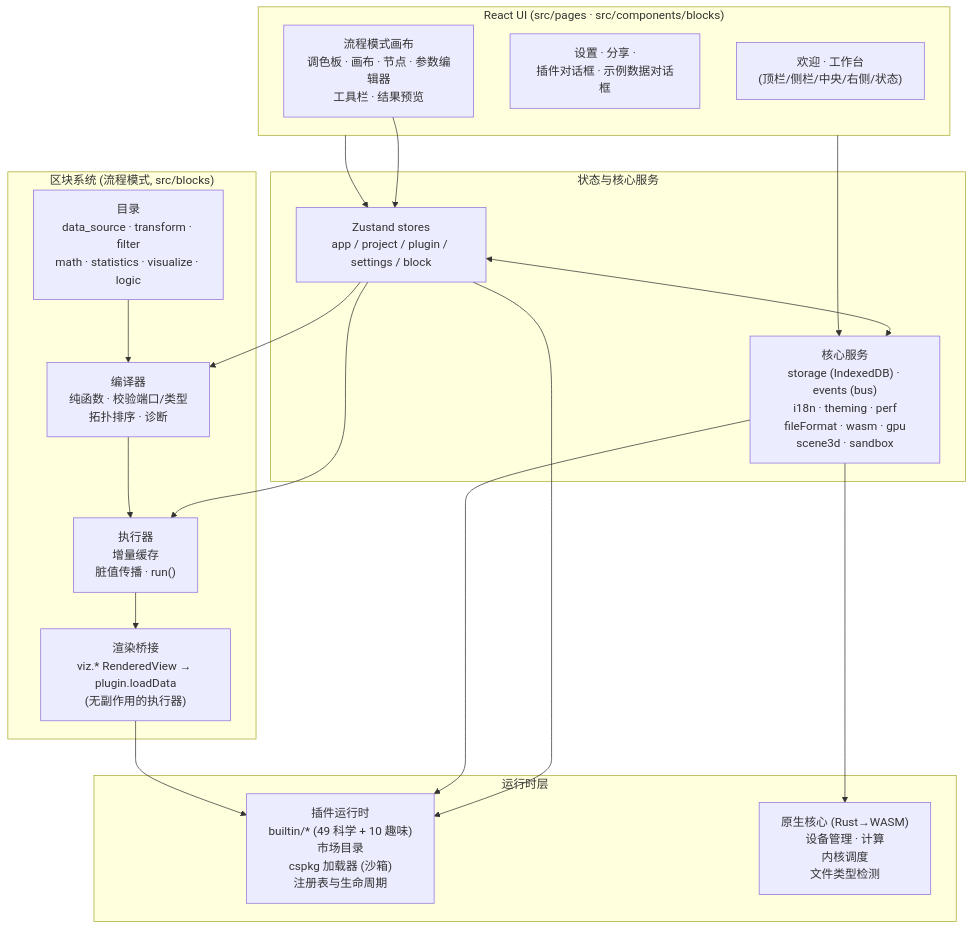
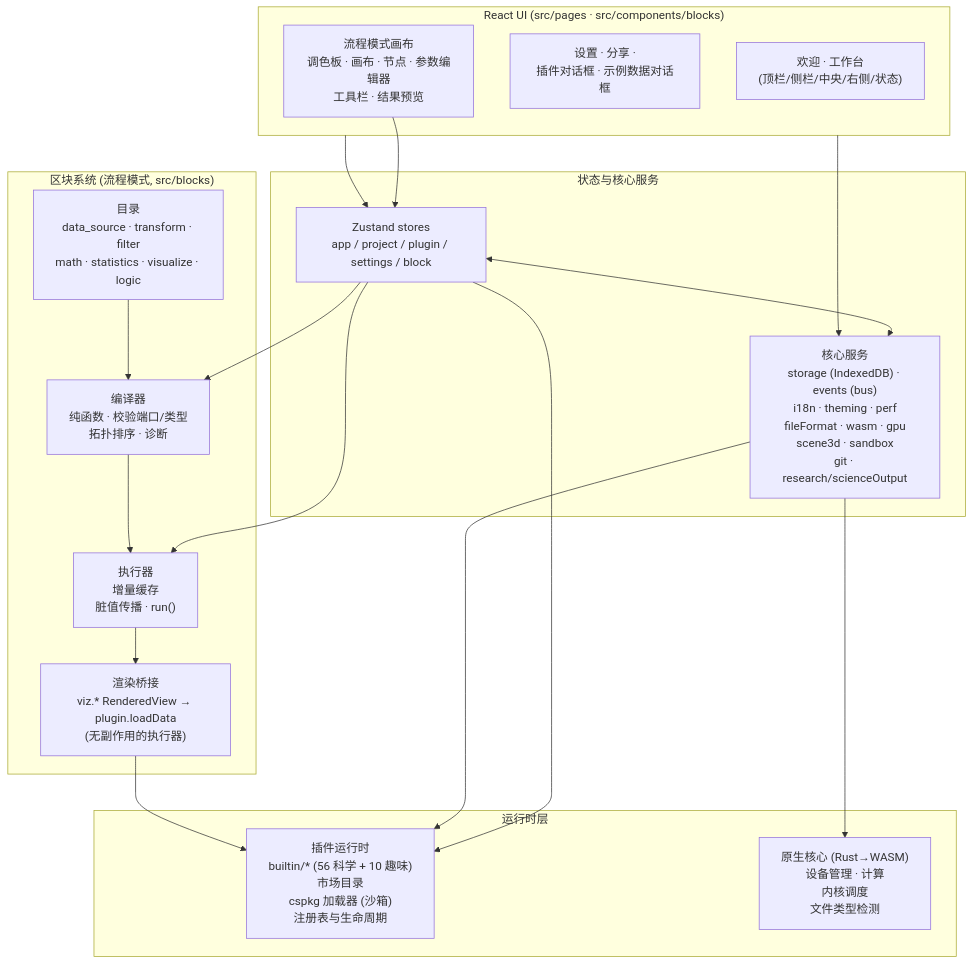
One commit to SnowLeopard-io/ErgalicsStudio changed the diagram in README.zh-CN.md. Above: the diagram before and after it, drawn with Mermaid. The commit also changed other lines of this file and 1 other file, not shown here.

````diff
--- a/README.zh-CN.md
+++ b/README.zh-CN.md
@@ -145,39 +158,39 @@
 ```mermaid
 flowchart TB
     subgraph UI["React UI (src/pages · src/components/blocks)"]
         A1["欢迎 · 工作台<br/>(顶栏/侧栏/中央/右侧/状态)"]
         A2["设置 · 分享 ·<br/>插件对话框 · 示例数据对话框"]
         A3["流程模式画布<br/>调色板 · 画布 · 节点 · 参数编辑器<br/>工具栏 · 结果预览"]
     end
 
     subgraph State["状态与核心服务"]
         B1["Zustand stores<br/>app / project / plugin / settings / block"]
-        B2["核心服务<br/>storage (IndexedDB) · events (bus)<br/>i18n · theming · perf<br/>fileFormat · wasm · gpu<br/>scene3d · sandbox"]
+        B2["核心服务<br/>storage (IndexedDB) · events (bus)<br/>i18n · theming · perf<br/>fileFormat · wasm · gpu<br/>scene3d · sandbox<br/>git · research/scienceOutput"]
     end
 
     subgraph Blocks["区块系统 (流程模式, src/blocks)"]
         D1["目录<br/>data_source · transform · filter<br/>math · statistics · visualize · logic"]
         D2["编译器<br/>纯函数 · 校验端口/类型<br/>拓扑排序 · 诊断"]
         D3["执行器<br/>增量缓存<br/>脏值传播 · run()"]
         D4["渲染桥接<br/>viz.* RenderedView → plugin.loadData<br/>(无副作用的执行器)"]
     end
 
     subgraph Runtime["运行时层"]
-        C1["插件运行时<br/>builtin/* (49 科学 + 10 趣味)<br/>市场目录<br/>cspkg 加载器 (沙箱)<br/>注册表与生命周期"]
+        C1["插件运行时<br/>builtin/* (56 科学 + 10 趣味)<br/>市场目录<br/>cspkg 加载器 (沙箱)<br/>注册表与生命周期"]
         C2["原生核心 (Rust→WASM)<br/>设备管理 · 计算<br/>内核调度<br/>文件类型检测"]
     end
 
     UI --> B1
     UI --> B2
     B1 <--> B2
     B1 --> C1
     B2 --> C1
     B2 --> C2
     A3 --> B1
     B1 --> D2
     B1 --> D3
     D2 --> D3
     D1 --> D2
     D3 --> D4
     D4 --> C1
 ```
````
